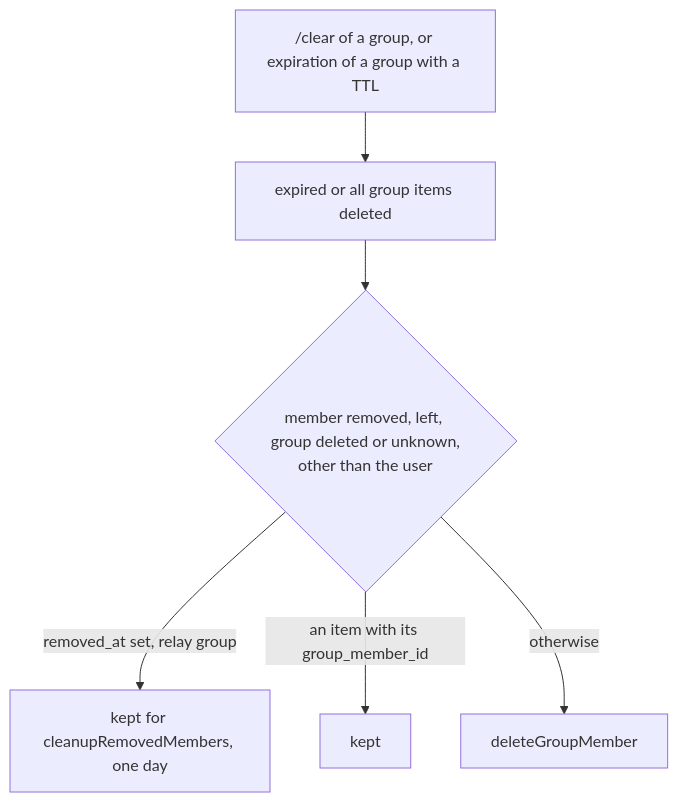
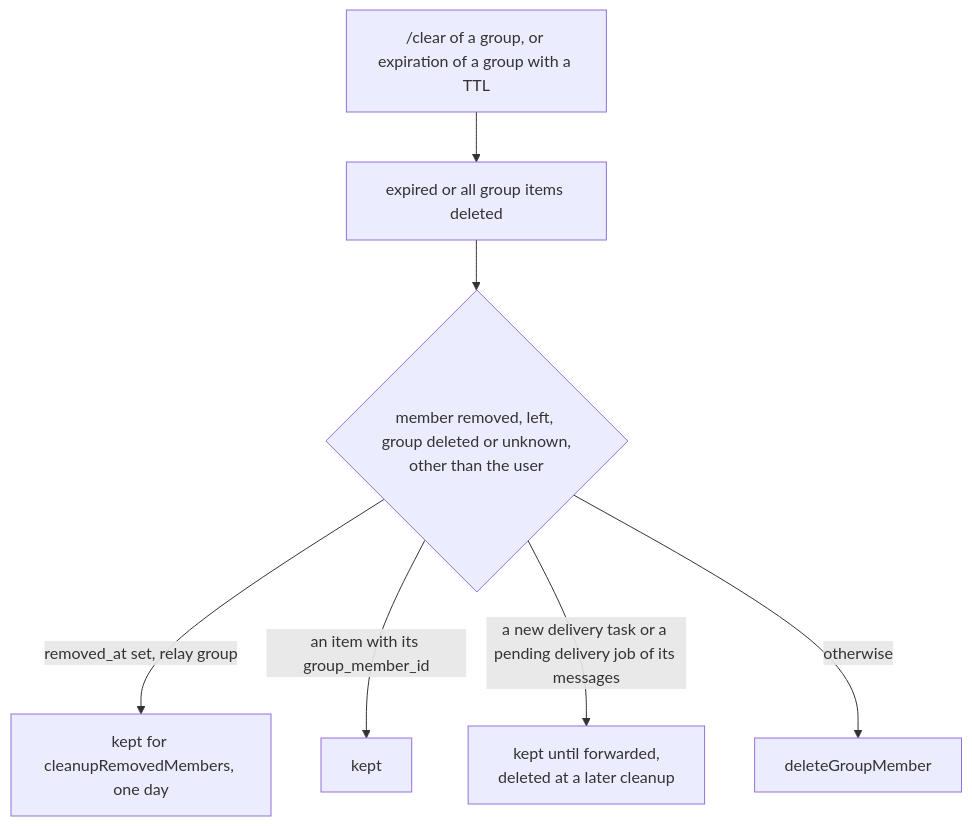
Before and after one commit to simplex-chat/simplex-chat: the third of 6 diagrams in plans/2026-11-24-chat-list-queries.md, drawn with Mermaid. The commit also changed other lines of this file, not shown here.

````diff
--- a/plans/2026-11-24-chat-list-queries.md
+++ b/plans/2026-11-24-chat-list-queries.md
@@ -238,8 +262,9 @@
 ```mermaid
 flowchart TD
   A["/clear of a group, or expiration of a group with a TTL"] --> B["expired or all group items deleted"]
   B --> C{"member removed, left, group deleted or unknown,<br>other than the user"}
   C -->|"removed_at set, relay group"| K["kept for cleanupRemovedMembers, one day"]
   C -->|"an item with its group_member_id"| L["kept"]
+  C -->|"a new delivery task or a pending delivery job of its messages"| P["kept until forwarded,<br>deleted at a later cleanup"]
   C -->|"otherwise"| D["deleteGroupMember"]
 ```
````
